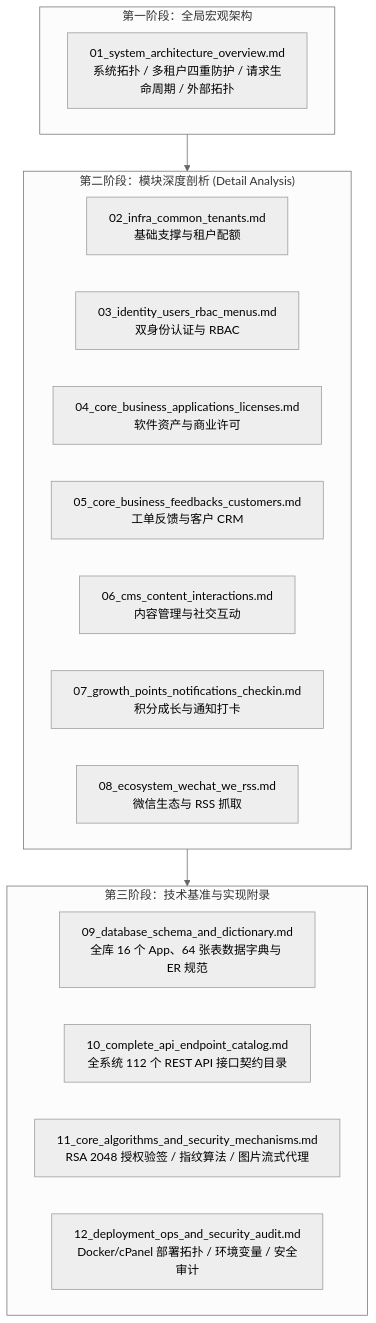
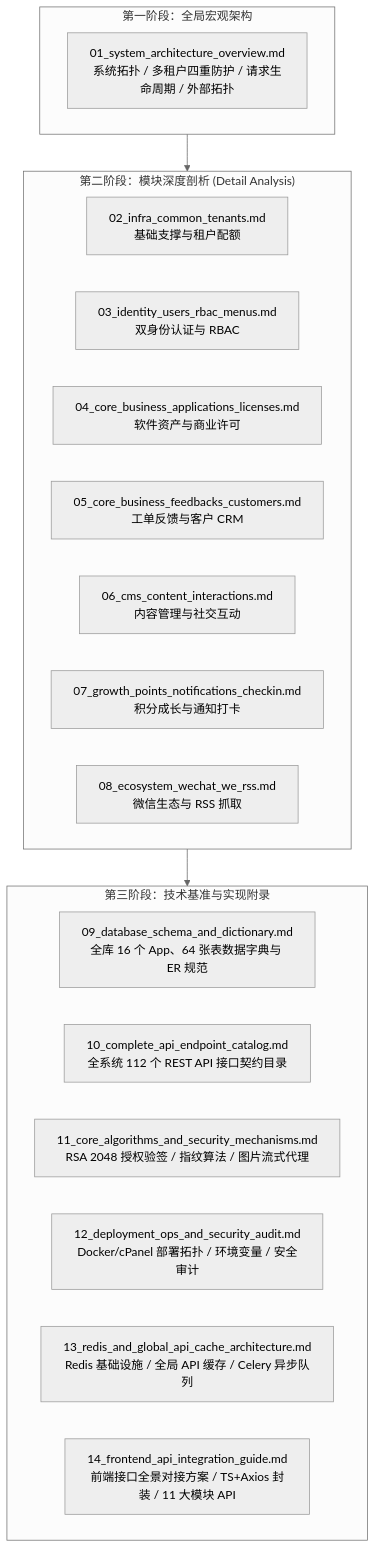
Before and after one commit to fx0883/lipeaks_backend: the diagram in docs/README.md, drawn with Mermaid (neutral theme). The commit also changed other lines of this file and 158 other files, not shown here.

````diff
--- a/docs/README.md
+++ b/docs/README.md
@@ -9,26 +9,28 @@
 ```mermaid
 graph TD
     subgraph Part1 ["第一阶段：全局宏观架构"]
         Doc01["01_system_architecture_overview.md<br>系统拓扑 / 多租户四重防护 / 请求生命周期 / 外部拓扑"]
     end
 
     subgraph Part2 ["第二阶段：模块深度剖析 (Detail Analysis)"]
         Doc02["02_infra_common_tenants.md<br>基础支撑与租户配额"]
         Doc03["03_identity_users_rbac_menus.md<br>双身份认证与 RBAC"]
         Doc04["04_core_business_applications_licenses.md<br>软件资产与商业许可"]
         Doc05["05_core_business_feedbacks_customers.md<br>工单反馈与客户 CRM"]
         Doc06["06_cms_content_interactions.md<br>内容管理与社交互动"]
         Doc07["07_growth_points_notifications_checkin.md<br>积分成长与通知打卡"]
         Doc08["08_ecosystem_wechat_we_rss.md<br>微信生态与 RSS 抓取"]
     end
 
     subgraph Part3 ["第三阶段：技术基准与实现附录"]
         Doc09["09_database_schema_and_dictionary.md<br>全库 16 个 App、64 张表数据字典与 ER 规范"]
         Doc10["10_complete_api_endpoint_catalog.md<br>全系统 112 个 REST API 接口契约目录"]
         Doc11["11_core_algorithms_and_security_mechanisms.md<br>RSA 2048 授权验签 / 指纹算法 / 图片流式代理"]
         Doc12["12_deployment_ops_and_security_audit.md<br>Docker/cPanel 部署拓扑 / 环境变量 / 安全审计"]
+        Doc13["13_redis_and_global_api_cache_architecture.md<br>Redis 基础设施 / 全局 API 缓存 / Celery 异步队列"]
+        Doc14["14_frontend_api_integration_guide.md<br>前端接口全景对接方案 / TS+Axios 封装 / 11 大模块 API"]
     end
 
     Part1 --> Part2
     Part2 --> Part3
 ```
````
